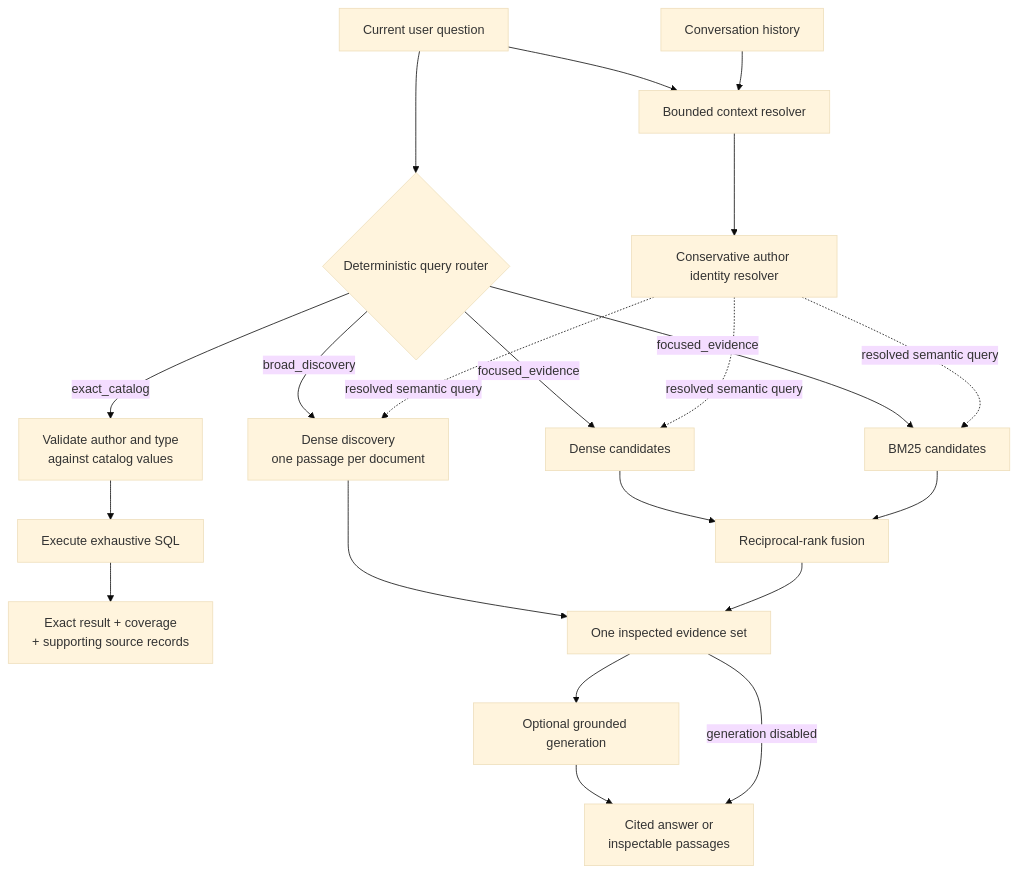
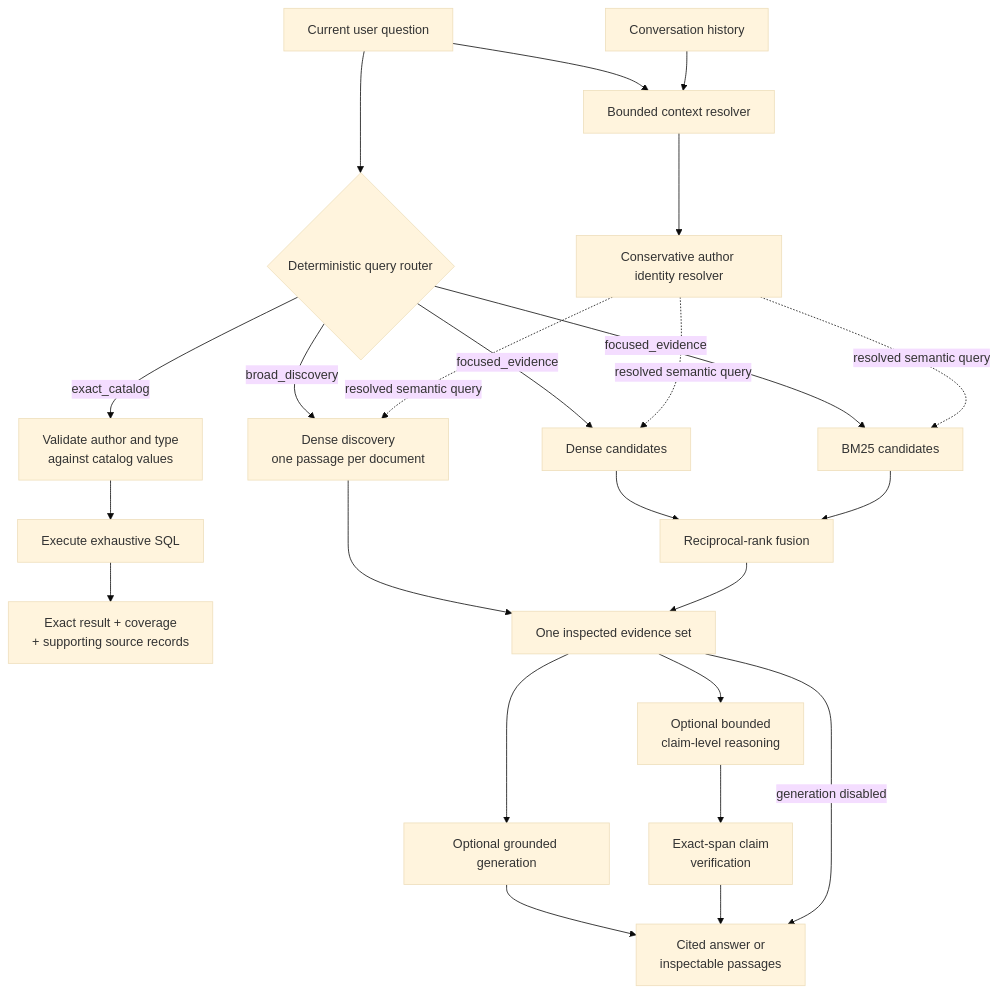
Before and after one commit to BrentWilkins/author-corpus-rag: the third of 10 diagrams in docs/architecture.md, drawn with Mermaid (base theme). The commit also changed other lines of this file and 28 other files, not shown here.

````diff
--- a/docs/architecture.md
+++ b/docs/architecture.md
@@ -104,36 +104,39 @@
 ```mermaid
 flowchart TB
     question[Current user question]
     history[Conversation history]
     context[Bounded context resolver]
     identity[Conservative author identity resolver]
     router{Deterministic query router}
 
     exact_args[Validate author and type<br/>against catalog values]
     exact_query[Execute exhaustive SQL]
     exact_result[Exact result + coverage<br/>+ supporting source records]
 
     discovery[Dense discovery<br/>one passage per document]
     dense[Dense candidates]
     bm25[BM25 candidates]
     rrf[Reciprocal-rank fusion]
     evidence[One inspected evidence set]
     generator[Optional grounded generation]
+    reasoning[Optional bounded<br/>claim-level reasoning]
+    verifier[Exact-span claim<br/>verification]
     semantic_result[Cited answer or<br/>inspectable passages]
 
     question --> router
     question --> context
     history --> context
     context --> identity
 
     router -->|exact_catalog| exact_args --> exact_query --> exact_result
     router -->|broad_discovery| discovery --> evidence
     router -->|focused_evidence| dense --> rrf
     router -->|focused_evidence| bm25 --> rrf
     identity -. resolved semantic query .-> discovery
     identity -. resolved semantic query .-> dense
     identity -. resolved semantic query .-> bm25
     rrf --> evidence
     evidence --> generator --> semantic_result
+    evidence --> reasoning --> verifier --> semantic_result
     evidence -->|generation disabled| semantic_result
 ```
````
